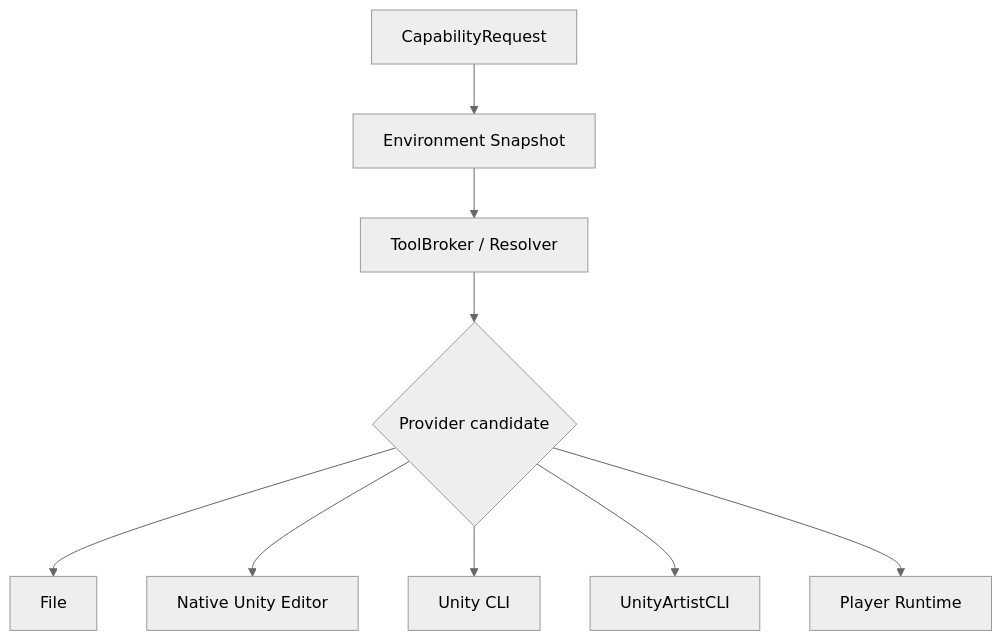
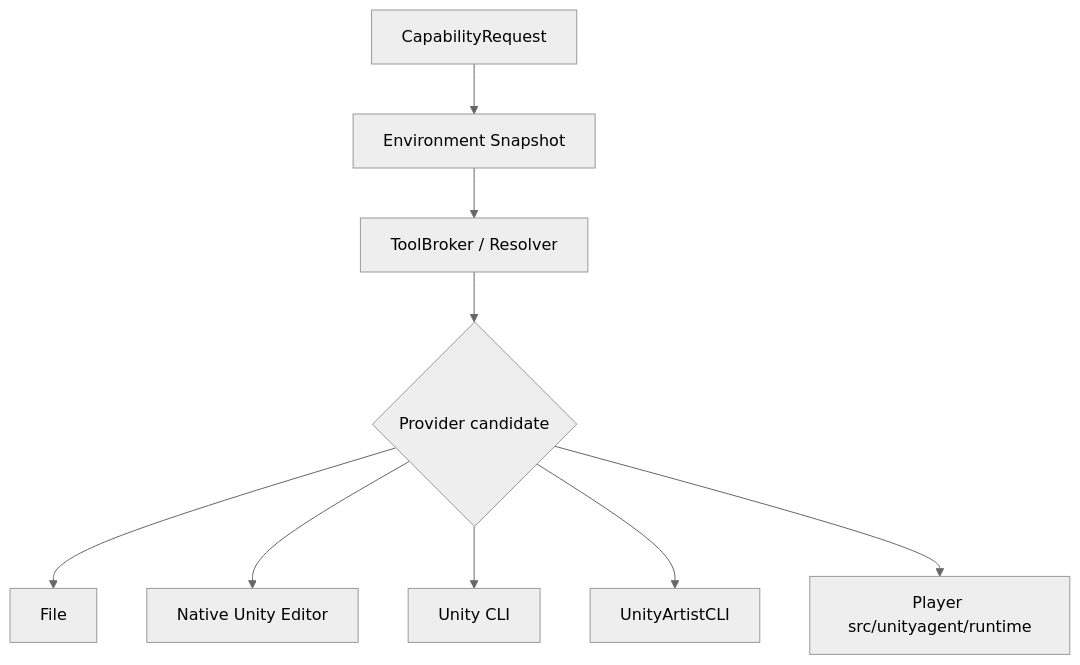
Before and after one commit to DarumaPPAP/UnityAgent: the second of 4 diagrams in docs/local-project-development.md, drawn with Mermaid (neutral theme). The commit also changed other lines of this file and 1025 other files, not shown here.

````diff
--- a/docs/local-project-development.md
+++ b/docs/local-project-development.md
@@ -244,11 +244,11 @@
 ```mermaid
 flowchart TD
     C[CapabilityRequest] --> E[Environment Snapshot]
     E --> B[ToolBroker / Resolver]
     B --> P{Provider candidate}
     P --> F[File]
     P --> N[Native Unity Editor]
     P --> U[Unity CLI]
     P --> A[UnityArtistCLI]
-    P --> R[Player Runtime]
+    P --> R[Player src/unityagent/runtime]
 ```
````
